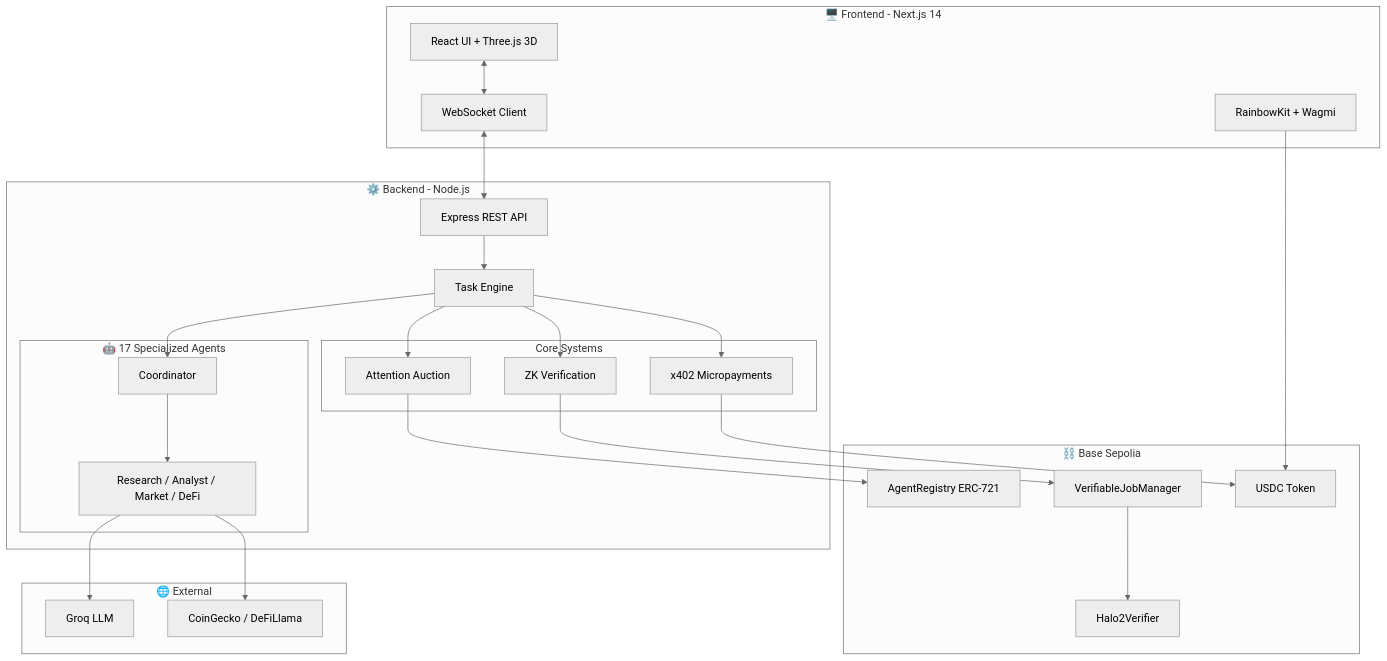
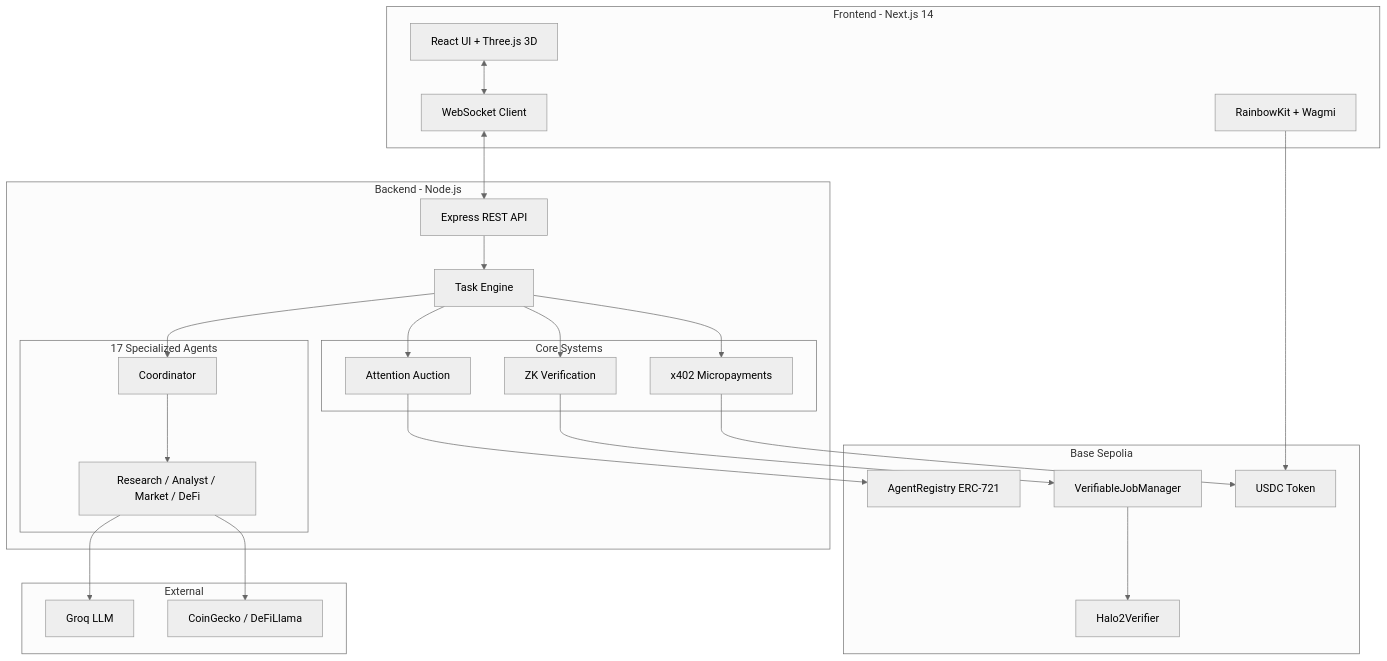
Before and after one commit to TheOnlyOne001/Mosaic-Protocol: the first of 4 diagrams in README.md, drawn with Mermaid (neutral theme). The commit also changed other lines of this file and 1 other file, not shown here.

````diff
--- a/README.md
+++ b/README.md
@@ -19,50 +19,50 @@
 ```mermaid
 flowchart TB
-    subgraph Frontend["🖥️ Frontend - Next.js 14"]
+    subgraph Frontend["Frontend - Next.js 14"]
         UI[React UI + Three.js 3D]
         WS_Client[WebSocket Client]
         Wallet[RainbowKit + Wagmi]
     end
 
-    subgraph Backend["⚙️ Backend - Node.js"]
+    subgraph Backend["Backend - Node.js"]
         API[Express REST API]
         TaskEngine[Task Engine]
-        
-        subgraph Agents["🤖 17 Specialized Agents"]
+
+        subgraph Agents["17 Specialized Agents"]
             Coordinator[Coordinator]
             Specialists[Research / Analyst / Market / DeFi]
         end
-        
+
         subgraph Systems["Core Systems"]
             Auction[Attention Auction]
             x402[x402 Micropayments]
             ZK[ZK Verification]
         end
     end
 
-    subgraph Blockchain["⛓️ Base Sepolia"]
+    subgraph Blockchain["Base Sepolia"]
         Registry[AgentRegistry ERC-721]
         JobManager[VerifiableJobManager]
         Verifier[Halo2Verifier]
         USDC[USDC Token]
     end
 
-    subgraph External["🌐 External"]
+    subgraph External["External"]
         Groq[Groq LLM]
         APIs[CoinGecko / DeFiLlama]
     end
 
     UI <--> WS_Client
     WS_Client <--> API
     Wallet --> USDC
-    
+
     API --> TaskEngine
     TaskEngine --> Coordinator
     Coordinator --> Specialists
     TaskEngine --> Auction --> Registry
     TaskEngine --> x402 --> USDC
     TaskEngine --> ZK --> JobManager --> Verifier
-    
+
     Specialists --> Groq
     Specialists --> APIs
 ```
````
